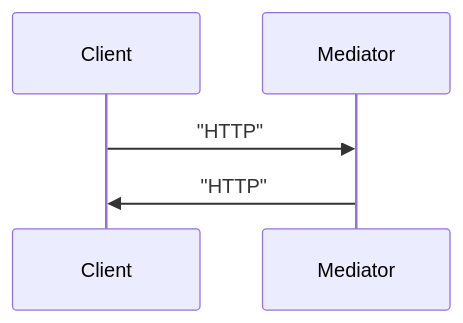
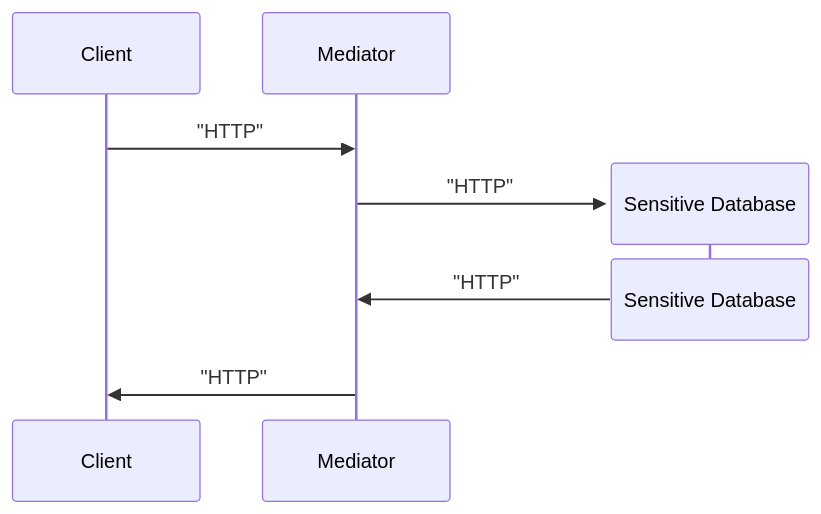
Before and after one commit to SHerlihy/service-architecture-project: the second of 2 diagrams in README.md, drawn with Mermaid.

Commit message:
no pub seq

````diff
--- a/README.md
+++ b/README.md
@@ -38,8 +38,13 @@
 ```mermaid
 sequenceDiagram
     participant cli as Client
     participant med as Mediator
     cli->>med: "HTTP"
 
+    create participant sens as Sensitive Database
+    med->>sens: "HTTP"
+    destroy sens
+    sens->>med: "HTTP"
+
     med->>cli: "HTTP"
 ```
````
